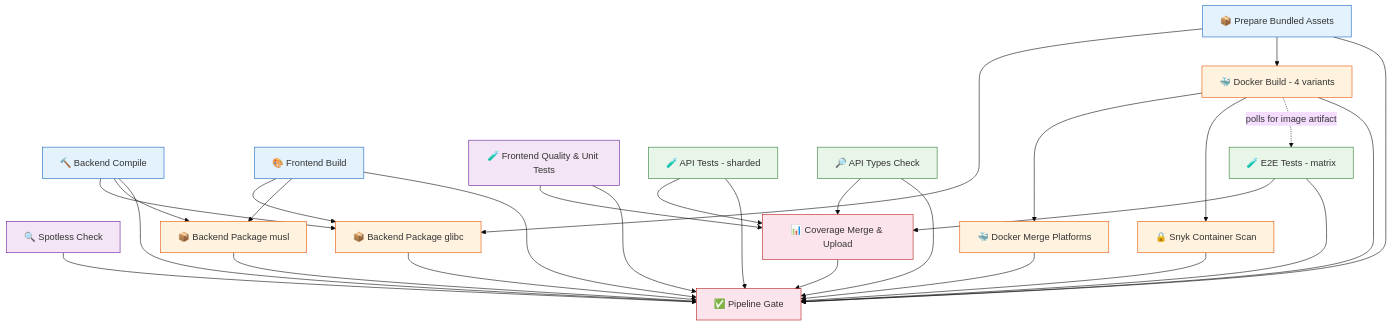
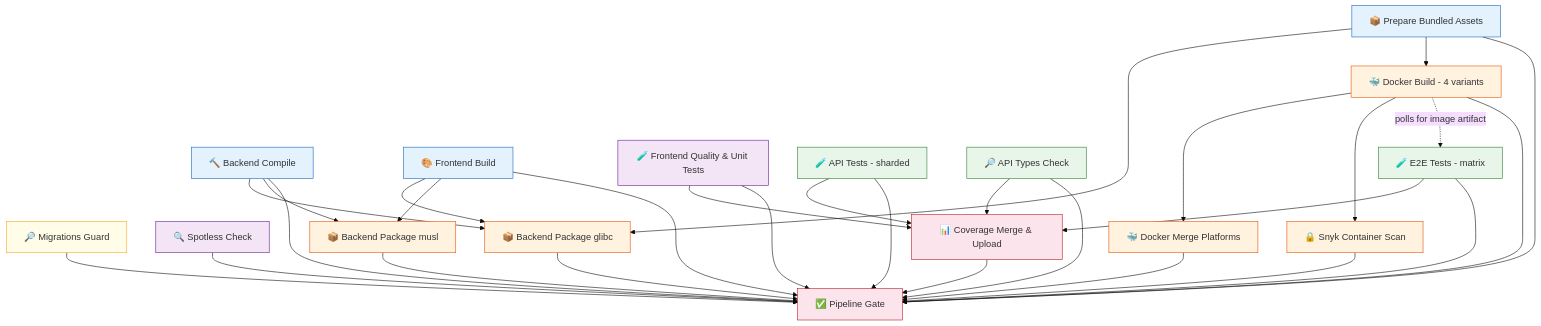
The diagram in .github/ci-pipeline-schema.md (OpenAEV-Platform/openaev), drawn with Mermaid (base theme) before and after one commit. The commit also changed other lines of this file and 3 other files, not shown here.

````diff
--- a/.github/ci-pipeline-schema.md
+++ b/.github/ci-pipeline-schema.md
@@ -11,5 +11,8 @@
 ```mermaid
 graph TD
+    %% ─── Pre-flight ───
+    MG[🔎 Migrations Guard]
+
     %% ─── Build Stage ───
     BC[🔨 Backend Compile]
     FB[🎨 Frontend Build]
@@ -59,6 +62,7 @@
     ATC --> COV
 
     %% ─── Pipeline Gate (depends on ALL jobs) ───
+    MG --> GATE
     BC --> GATE
     FB --> GATE
     PBA --> GATE
@@ -81,6 +85,8 @@
     classDef docker fill:#fff3e0,stroke:#e65100
     classDef gate fill:#fce4ec,stroke:#b71c1c
 
+    classDef preflight fill:#fffde7,stroke:#f9a825
+    class MG preflight
     class BC,FB,PBA build
     class SC,FQ quality
     class AT,ATC,E2E test
````
